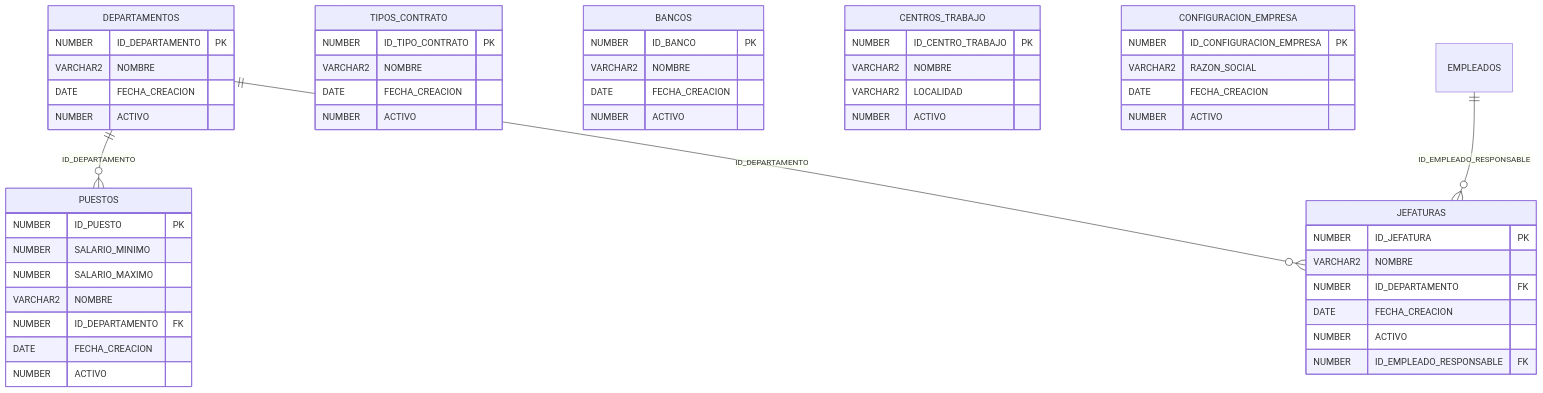
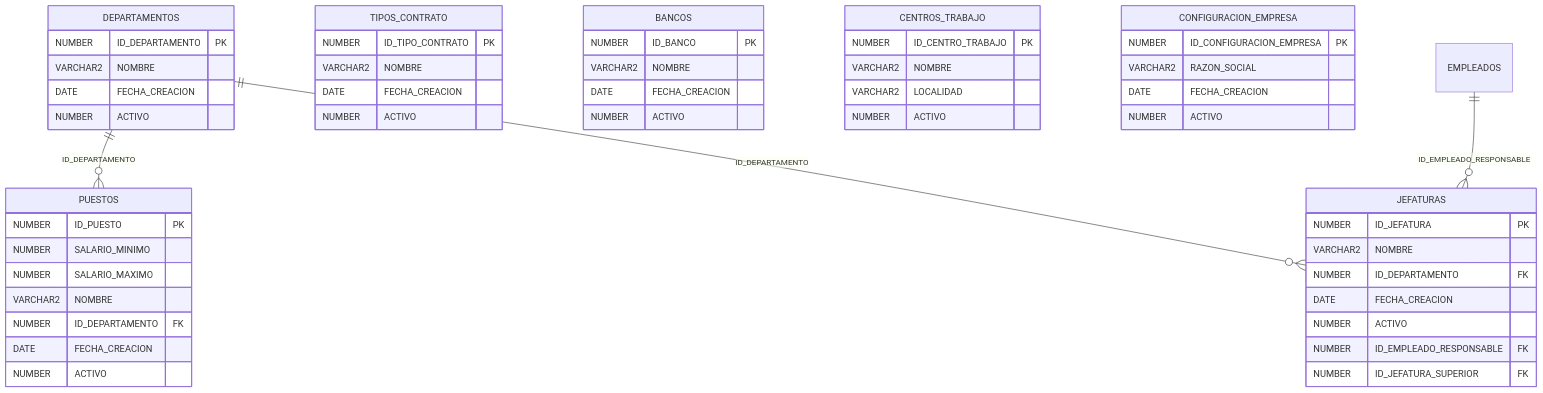
The fourth of 28 diagrams in docs/ERD.md (emartinez-umg/Nomina_2), drawn with Mermaid before and after one commit. The commit also changed other lines of this file and 38 other files, not shown here.

````diff
--- a/docs/ERD.md
+++ b/docs/ERD.md
@@ -701,53 +703,54 @@
 ```mermaid
 erDiagram
     DEPARTAMENTOS {
         NUMBER ID_DEPARTAMENTO PK
         VARCHAR2 NOMBRE
         DATE FECHA_CREACION
         NUMBER ACTIVO
     }
     PUESTOS {
         NUMBER ID_PUESTO PK
         NUMBER SALARIO_MINIMO
         NUMBER SALARIO_MAXIMO
         VARCHAR2 NOMBRE
         NUMBER ID_DEPARTAMENTO FK
         DATE FECHA_CREACION
         NUMBER ACTIVO
     }
     JEFATURAS {
         NUMBER ID_JEFATURA PK
         VARCHAR2 NOMBRE
         NUMBER ID_DEPARTAMENTO FK
         DATE FECHA_CREACION
         NUMBER ACTIVO
         NUMBER ID_EMPLEADO_RESPONSABLE FK
+        NUMBER ID_JEFATURA_SUPERIOR FK
     }
     TIPOS_CONTRATO {
         NUMBER ID_TIPO_CONTRATO PK
         VARCHAR2 NOMBRE
         DATE FECHA_CREACION
         NUMBER ACTIVO
     }
     BANCOS {
         NUMBER ID_BANCO PK
         VARCHAR2 NOMBRE
         DATE FECHA_CREACION
         NUMBER ACTIVO
     }
     CENTROS_TRABAJO {
         NUMBER ID_CENTRO_TRABAJO PK
         VARCHAR2 NOMBRE
         VARCHAR2 LOCALIDAD
         NUMBER ACTIVO
     }
     CONFIGURACION_EMPRESA {
         NUMBER ID_CONFIGURACION_EMPRESA PK
         VARCHAR2 RAZON_SOCIAL
         DATE FECHA_CREACION
         NUMBER ACTIVO
     }
     DEPARTAMENTOS ||--o{ PUESTOS : "ID_DEPARTAMENTO"
     DEPARTAMENTOS ||--o{ JEFATURAS : "ID_DEPARTAMENTO"
     EMPLEADOS ||--o{ JEFATURAS : "ID_EMPLEADO_RESPONSABLE"
 ```
````
